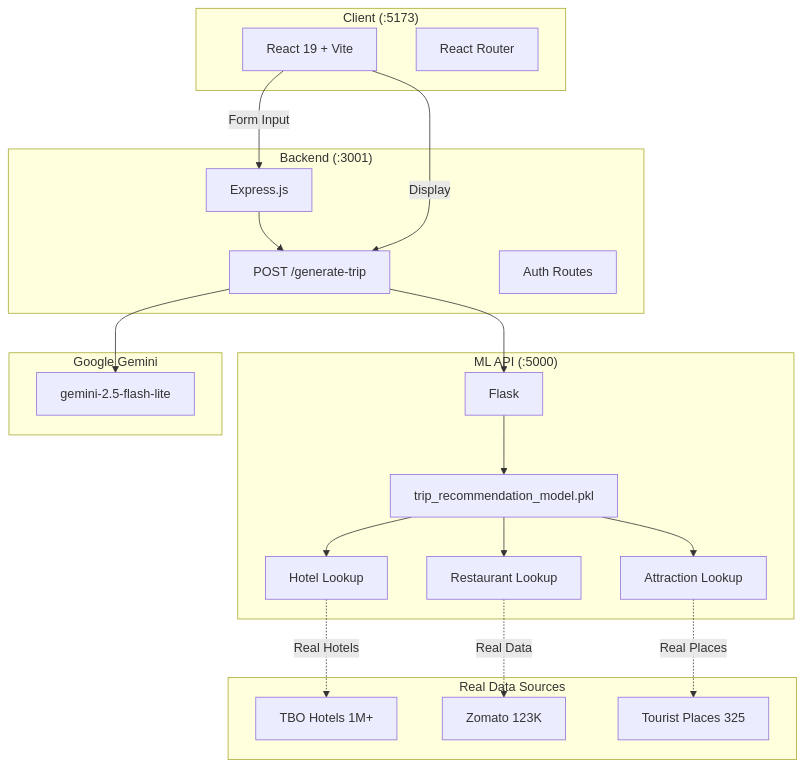
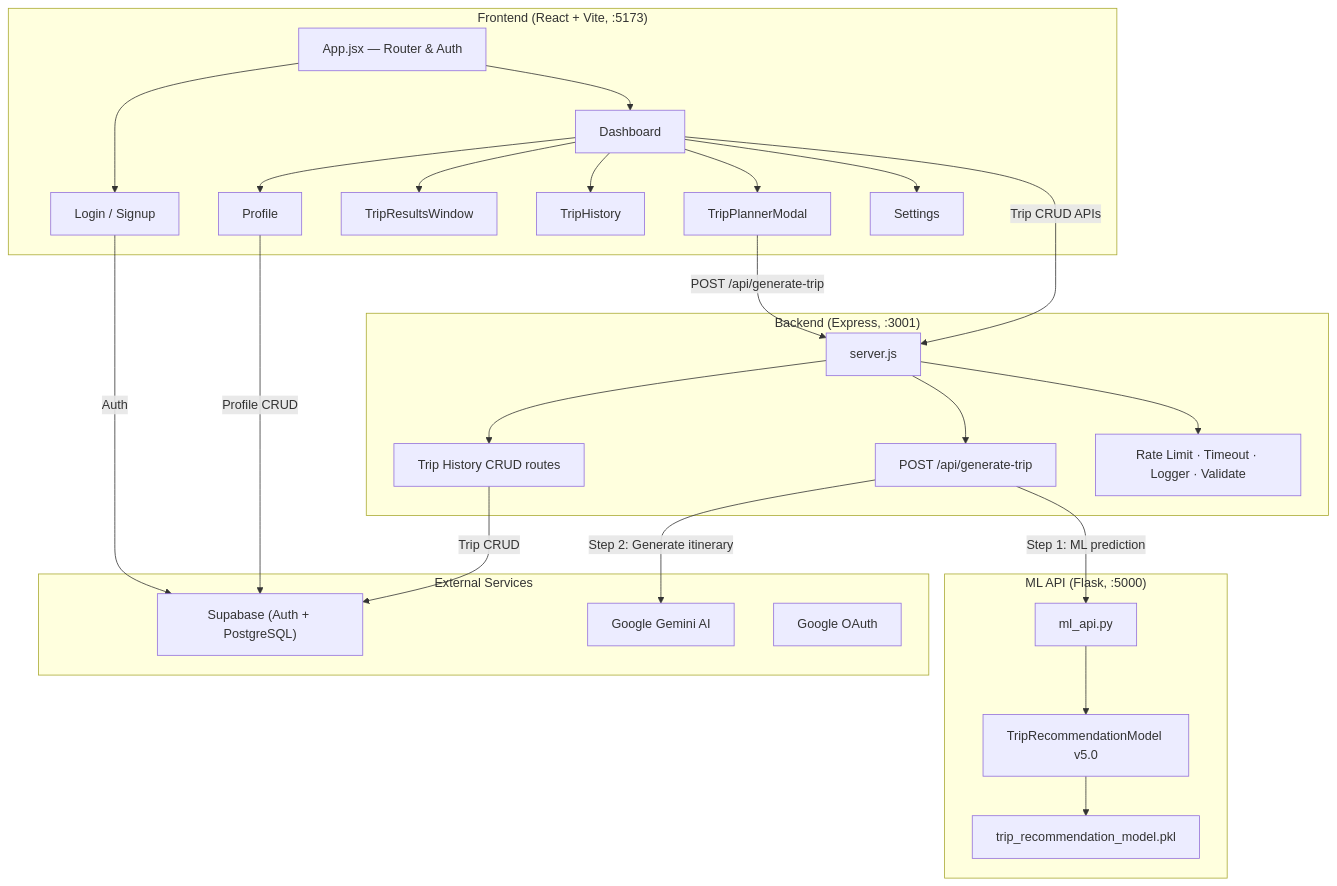
Before and after one commit to ManojPentapati/Java-BankAccount: the diagram in README.md, drawn with Mermaid. The commit also changed other lines of this file, not shown here.

````diff
--- a/README.md
+++ b/README.md
@@ -11,44 +24,56 @@
 ```mermaid
 graph TB
-    subgraph Client["Client (:5173)"]
-        React[React 19 + Vite]
-        Router[React Router]
+    subgraph Frontend ["Frontend (React + Vite, :5173)"]
+        App["App.jsx — Router & Auth"]
+        Login["Login / Signup"]
+        Dashboard["Dashboard"]
+        TripPlannerModal["TripPlannerModal"]
+        TripResultsWindow["TripResultsWindow"]
+        TripHistory["TripHistory"]
+        Profile["Profile"]
+        Settings["Settings"]
     end
 
-    subgraph Server["Backend (:3001)"]
-        Express[Express.js]
-        TripAPI["POST /generate-trip"]
-        AuthAPI["Auth Routes"]
+    subgraph Backend ["Backend (Express, :3001)"]
+        Server["server.js"]
+        TripPlannerRoute["POST /api/generate-trip"]
+        HistoryRoutes["Trip History CRUD routes"]
+        Middleware["Rate Limit · Timeout · Logger · Validate"]
     end
 
-    subgraph ML["ML API (:5000)"]
-        Flask[Flask]
-        Model[trip_recommendation_model.pkl]
-        Hotels[Hotel Lookup]
-        Restaurants[Restaurant Lookup]
-        Attractions[Attraction Lookup]
+    subgraph ML ["ML API (Flask, :5000)"]
+        MLApi["ml_api.py"]
+        MLModel["TripRecommendationModel v5.0"]
+        PKL["trip_recommendation_model.pkl"]
     end
 
-    subgraph AI["Google Gemini"]
-        Gemini[gemini-2.5-flash-lite]
+    subgraph External ["External Services"]
+        Supabase["Supabase (Auth + PostgreSQL)"]
+        Gemini["Google Gemini AI"]
+        GoogleOAuth["Google OAuth"]
     end
 
-    subgraph Data["Real Data Sources"]
-        TBO[TBO Hotels 1M+]
-        Zomato[Zomato 123K]
-        Places[Tourist Places 325]
-    end
+    App --> Login
+    App --> Dashboard
+    Dashboard --> TripPlannerModal
+    Dashboard --> TripResultsWindow
+    Dashboard --> TripHistory
+    Dashboard --> Profile
+    Dashboard --> Settings
 
-    React -->|Form Input| Express
-    Express --> TripAPI
-    TripAPI --> Flask
-    Flask --> Model
-    Model --> Hotels
-    Model --> Restaurants
-    Model --> Attractions
-    Hotels -.->|Real Hotels| TBO
-    Restaurants -.->|Real Data| Zomato
-    Attractions -.->|Real Places| Places
-    TripAPI --> Gemini
-    React -->|Display| TripAPI
+    TripPlannerModal -->|"POST /api/generate-trip"| Server
+    Dashboard -->|"Trip CRUD APIs"| Server
+    Login -->|"Auth"| Supabase
+    Profile -->|"Profile CRUD"| Supabase
+
+    Server --> TripPlannerRoute
+    Server --> HistoryRoutes
+    Server --> Middleware
+
+    TripPlannerRoute -->|"Step 1: ML prediction"| MLApi
+    TripPlannerRoute -->|"Step 2: Generate itinerary"| Gemini
+    HistoryRoutes -->|"Trip CRUD"| Supabase
+
+    MLApi --> MLModel
+    MLModel --> PKL
 ```
````
